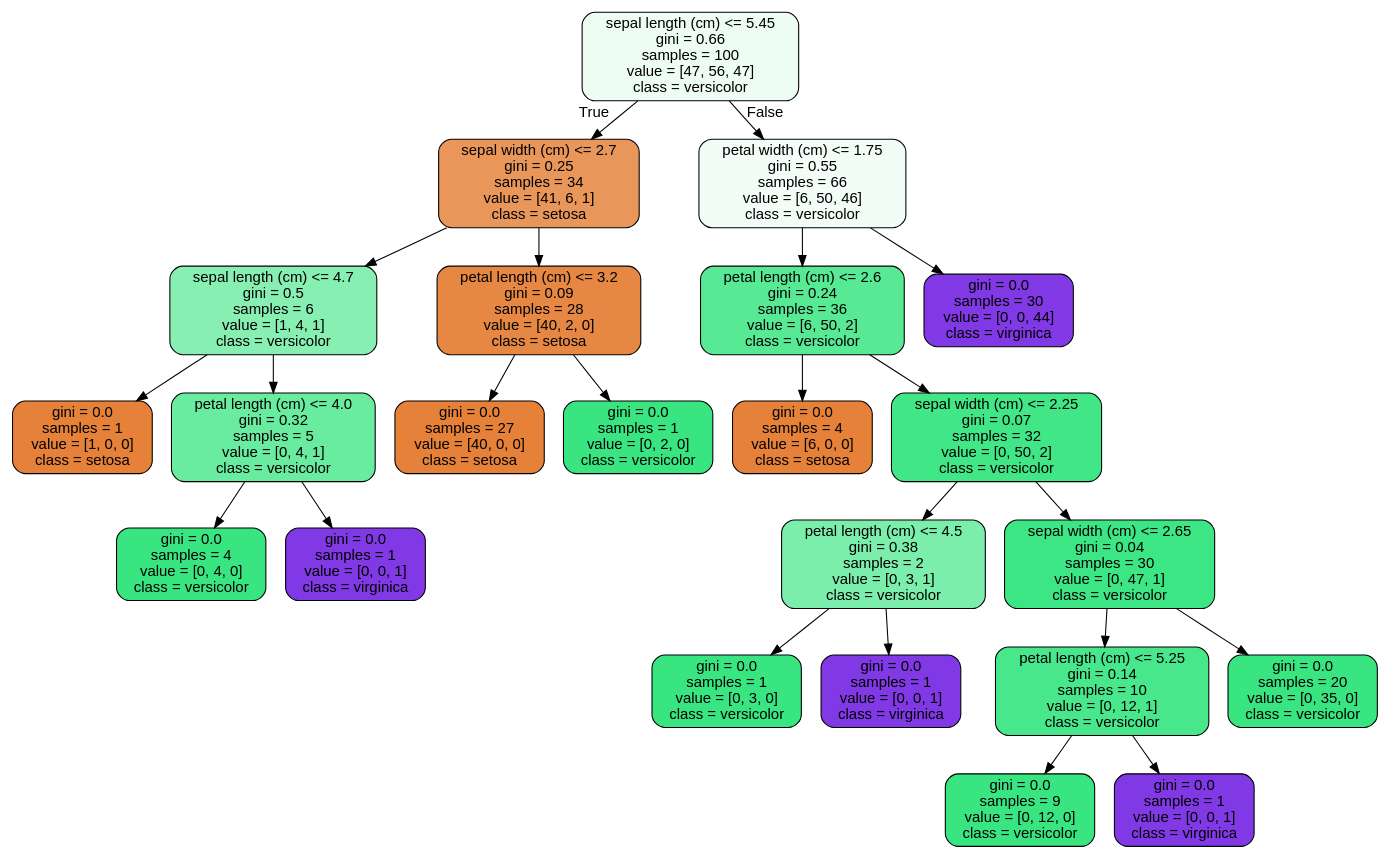
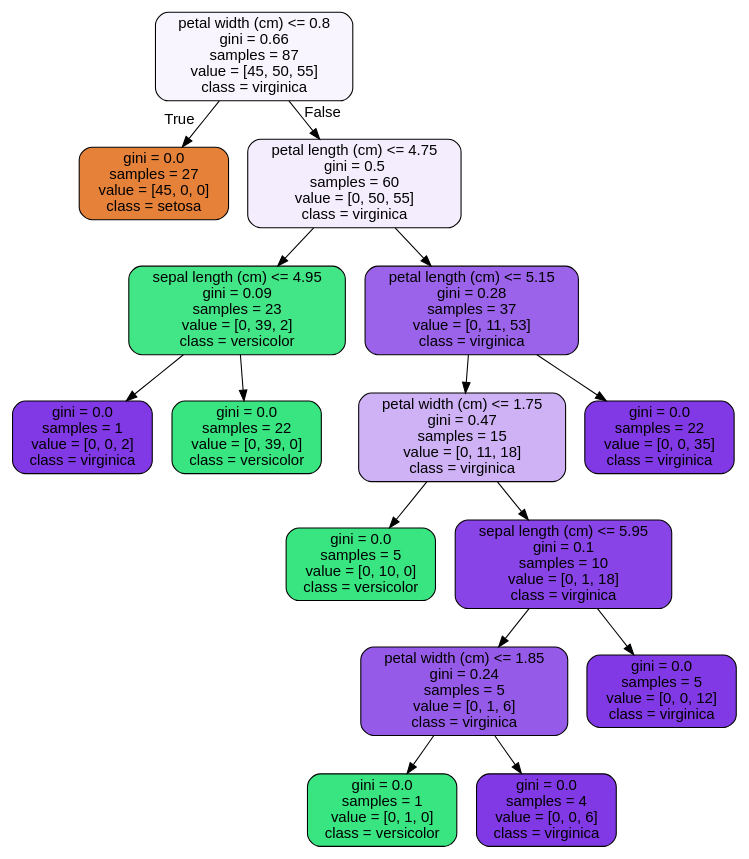
One commit to amoutafian/random_forest_case_study changed the diagram in tree.dot. Above: the diagram before and after it, drawn with Graphviz. The commit also changed 2 other files, not shown here.

```diff
--- a/tree.dot
+++ b/tree.dot
@@ -1,49 +1,33 @@
 digraph Tree {
 node [shape=box, style="filled, rounded", color="black", fontname="helvetica"] ;
 edge [fontname="helvetica"] ;
-0 [label="sepal length (cm) <= 5.45\ngini = 0.66\nsamples = 100\nvalue = [47, 56, 47]\nclass = versicolor", fillcolor="#eefdf4"] ;
-1 [label="sepal width (cm) <= 2.7\ngini = 0.25\nsamples = 34\nvalue = [41, 6, 1]\nclass = setosa", fillcolor="#e9965a"] ;
+0 [label="petal width (cm) <= 0.8\ngini = 0.66\nsamples = 87\nvalue = [45, 50, 55]\nclass = virginica", fillcolor="#f9f5fe"] ;
+1 [label="gini = 0.0\nsamples = 27\nvalue = [45, 0, 0]\nclass = setosa", fillcolor="#e58139"] ;
 0 -> 1 [labeldistance=2.5, labelangle=45, headlabel="True"] ;
-2 [label="sepal length (cm) <= 4.7\ngini = 0.5\nsamples = 6\nvalue = [1, 4, 1]\nclass = versicolor", fillcolor="#88efb3"] ;
-1 -> 2 ;
-3 [label="gini = 0.0\nsamples = 1\nvalue = [1, 0, 0]\nclass = setosa", fillcolor="#e58139"] ;
+2 [label="petal length (cm) <= 4.75\ngini = 0.5\nsamples = 60\nvalue = [0, 50, 55]\nclass = virginica", fillcolor="#f4edfd"] ;
+0 -> 2 [labeldistance=2.5, labelangle=-45, headlabel="False"] ;
+3 [label="sepal length (cm) <= 4.95\ngini = 0.09\nsamples = 23\nvalue = [0, 39, 2]\nclass = versicolor", fillcolor="#43e687"] ;
 2 -> 3 ;
-4 [label="petal length (cm) <= 4.0\ngini = 0.32\nsamples = 5\nvalue = [0, 4, 1]\nclass = versicolor", fillcolor="#6aeca0"] ;
-2 -> 4 ;
-5 [label="gini = 0.0\nsamples = 4\nvalue = [0, 4, 0]\nclass = versicolor", fillcolor="#39e581"] ;
-4 -> 5 ;
-6 [label="gini = 0.0\nsamples = 1\nvalue = [0, 0, 1]\nclass = virginica", fillcolor="#8139e5"] ;
-4 -> 6 ;
-7 [label="petal length (cm) <= 3.2\ngini = 0.09\nsamples = 28\nvalue = [40, 2, 0]\nclass = setosa", fillcolor="#e68743"] ;
-1 -> 7 ;
-8 [label="gini = 0.0\nsamples = 27\nvalue = [40, 0, 0]\nclass = setosa", fillcolor="#e58139"] ;
+4 [label="gini = 0.0\nsamples = 1\nvalue = [0, 0, 2]\nclass = virginica", fillcolor="#8139e5"] ;
+3 -> 4 ;
+5 [label="gini = 0.0\nsamples = 22\nvalue = [0, 39, 0]\nclass = versicolor", fillcolor="#39e581"] ;
+3 -> 5 ;
+6 [label="petal length (cm) <= 5.15\ngini = 0.28\nsamples = 37\nvalue = [0, 11, 53]\nclass = virginica", fillcolor="#9b62ea"] ;
+2 -> 6 ;
+7 [label="petal width (cm) <= 1.75\ngini = 0.47\nsamples = 15\nvalue = [0, 11, 18]\nclass = virginica", fillcolor="#ceb2f5"] ;
+6 -> 7 ;
+8 [label="gini = 0.0\nsamples = 5\nvalue = [0, 10, 0]\nclass = versicolor", fillcolor="#39e581"] ;
 7 -> 8 ;
-9 [label="gini = 0.0\nsamples = 1\nvalue = [0, 2, 0]\nclass = versicolor", fillcolor="#39e581"] ;
+9 [label="sepal length (cm) <= 5.95\ngini = 0.1\nsamples = 10\nvalue = [0, 1, 18]\nclass = virginica", fillcolor="#8844e6"] ;
 7 -> 9 ;
-10 [label="petal width (cm) <= 1.75\ngini = 0.55\nsamples = 66\nvalue = [6, 50, 46]\nclass = versicolor", fillcolor="#f1fdf6"] ;
-0 -> 10 [labeldistance=2.5, labelangle=-45, headlabel="False"] ;
-11 [label="petal length (cm) <= 2.6\ngini = 0.24\nsamples = 36\nvalue = [6, 50, 2]\nclass = versicolor", fillcolor="#57e994"] ;
+10 [label="petal width (cm) <= 1.85\ngini = 0.24\nsamples = 5\nvalue = [0, 1, 6]\nclass = virginica", fillcolor="#965ae9"] ;
+9 -> 10 ;
+11 [label="gini = 0.0\nsamples = 1\nvalue = [0, 1, 0]\nclass = versicolor", fillcolor="#39e581"] ;
 10 -> 11 ;
-12 [label="gini = 0.0\nsamples = 4\nvalue = [6, 0, 0]\nclass = setosa", fillcolor="#e58139"] ;
-11 -> 12 ;
-13 [label="sepal width (cm) <= 2.25\ngini = 0.07\nsamples = 32\nvalue = [0, 50, 2]\nclass = versicolor", fillcolor="#41e686"] ;
-11 -> 13 ;
-14 [label="petal length (cm) <= 4.5\ngini = 0.38\nsamples = 2\nvalue = [0, 3, 1]\nclass = versicolor", fillcolor="#7beeab"] ;
-13 -> 14 ;
-15 [label="gini = 0.0\nsamples = 1\nvalue = [0, 3, 0]\nclass = versicolor", fillcolor="#39e581"] ;
-14 -> 15 ;
-16 [label="gini = 0.0\nsamples = 1\nvalue = [0, 0, 1]\nclass = virginica", fillcolor="#8139e5"] ;
-14 -> 16 ;
-17 [label="sepal width (cm) <= 2.65\ngini = 0.04\nsamples = 30\nvalue = [0, 47, 1]\nclass = versicolor", fillcolor="#3de684"] ;
-13 -> 17 ;
-18 [label="petal length (cm) <= 5.25\ngini = 0.14\nsamples = 10\nvalue = [0, 12, 1]\nclass = versicolor", fillcolor="#49e78c"] ;
-17 -> 18 ;
-19 [label="gini = 0.0\nsamples = 9\nvalue = [0, 12, 0]\nclass = versicolor", fillcolor="#39e581"] ;
-18 -> 19 ;
-20 [label="gini = 0.0\nsamples = 1\nvalue = [0, 0, 1]\nclass = virginica", fillcolor="#8139e5"] ;
-18 -> 20 ;
-21 [label="gini = 0.0\nsamples = 20\nvalue = [0, 35, 0]\nclass = versicolor", fillcolor="#39e581"] ;
-17 -> 21 ;
-22 [label="gini = 0.0\nsamples = 30\nvalue = [0, 0, 44]\nclass = virginica", fillcolor="#8139e5"] ;
-10 -> 22 ;
+12 [label="gini = 0.0\nsamples = 4\nvalue = [0, 0, 6]\nclass = virginica", fillcolor="#8139e5"] ;
+10 -> 12 ;
+13 [label="gini = 0.0\nsamples = 5\nvalue = [0, 0, 12]\nclass = virginica", fillcolor="#8139e5"] ;
+9 -> 13 ;
+14 [label="gini = 0.0\nsamples = 22\nvalue = [0, 0, 35]\nclass = virginica", fillcolor="#8139e5"] ;
+6 -> 14 ;
 }
```
